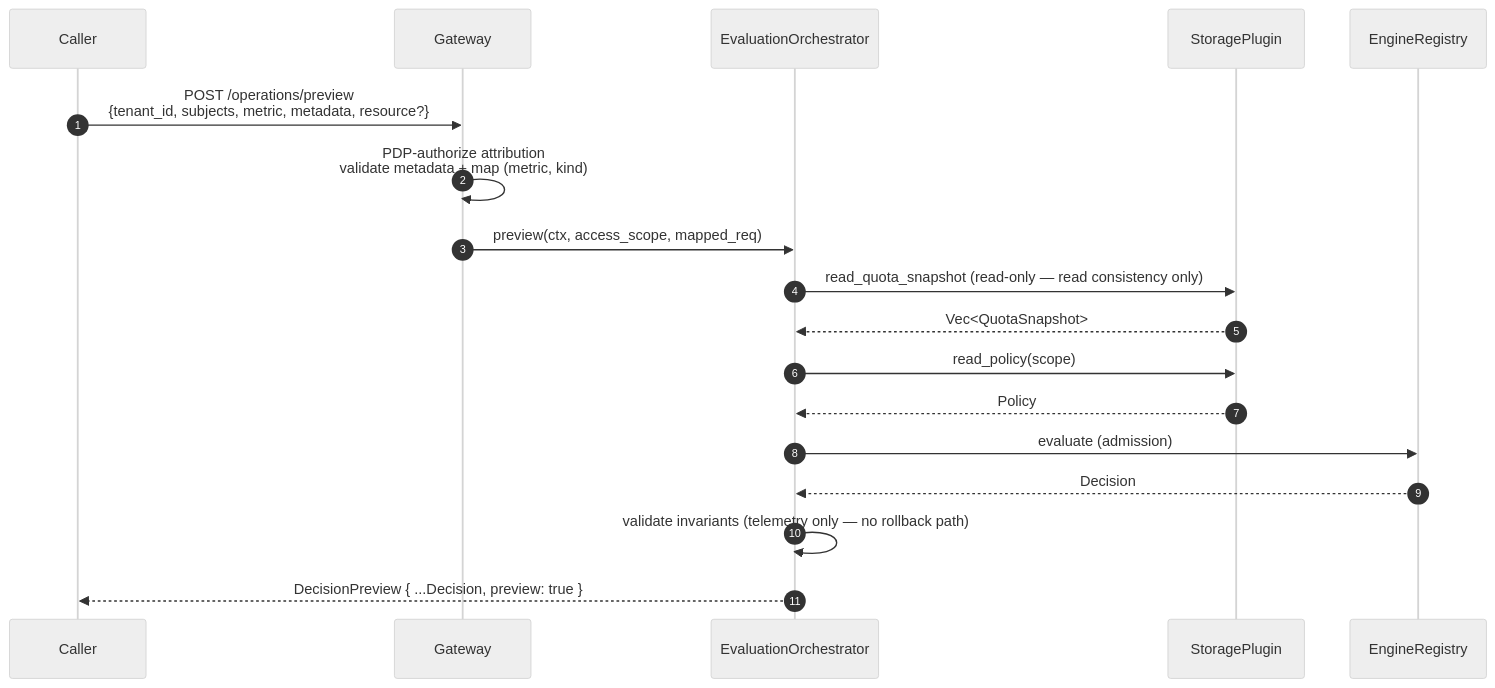
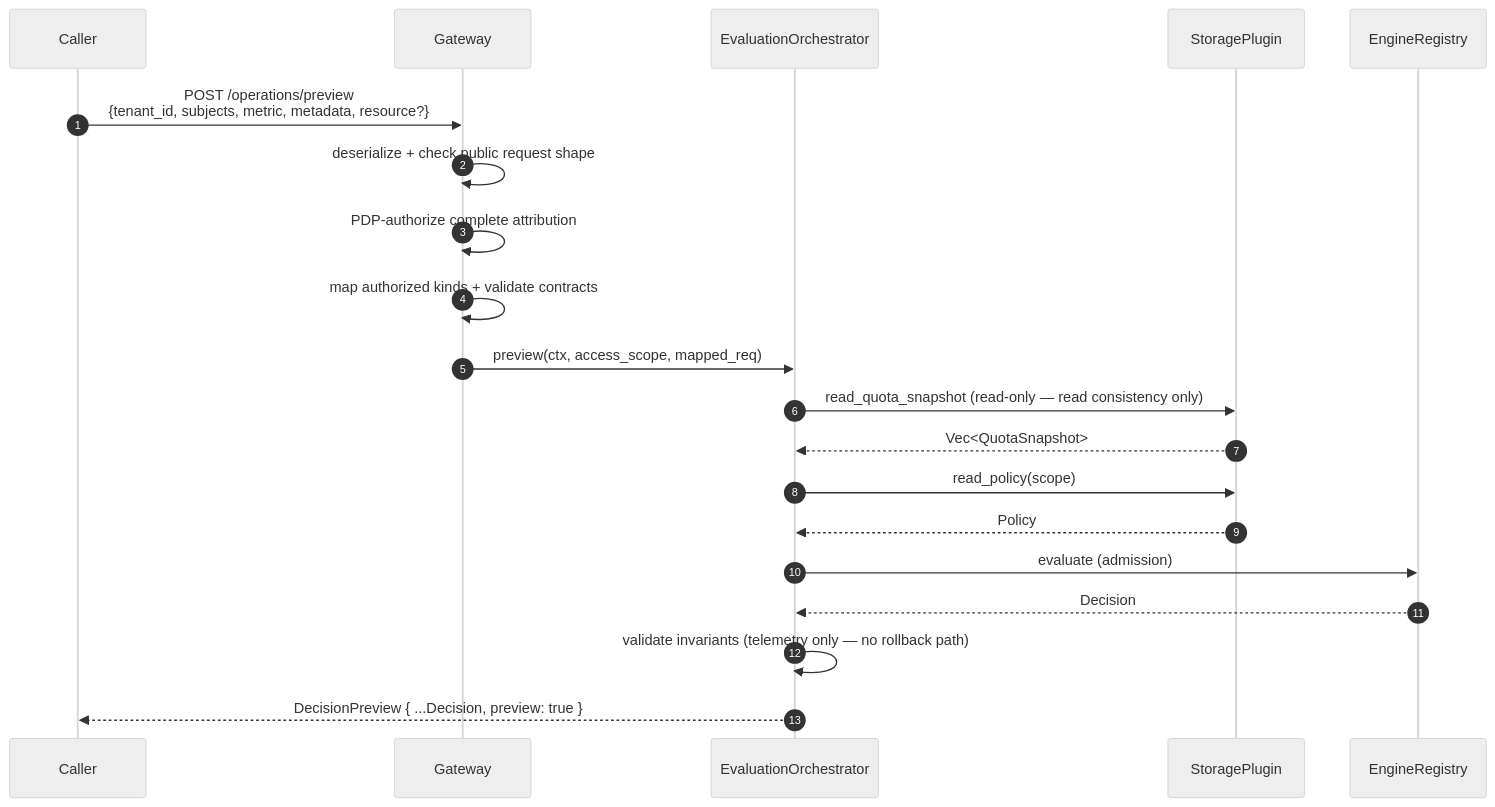
Diagram 11 of 17 in gears/system/quota-enforcement/docs/DESIGN.md (constructorfabric/gears-rust), drawn with Mermaid (neutral theme) before and after one commit. The commit also changed other lines of this file and 9 other files, not shown here.

First line of the commit message:
docs(qe): align projection flows and telemetry contracts

````diff
--- a/gears/system/quota-enforcement/docs/DESIGN.md
+++ b/gears/system/quota-enforcement/docs/DESIGN.md
@@ -1823,21 +1830,23 @@
 ```mermaid
 sequenceDiagram
     autonumber
     participant Caller
     participant GW as Gateway
     participant EO as EvaluationOrchestrator
     participant SP as StoragePlugin
     participant ER as EngineRegistry
 
     Caller ->> GW: POST /operations/preview<br/>{tenant_id, subjects, metric, metadata, resource?}
-    GW ->> GW: PDP-authorize attribution<br/>validate metadata + map (metric, kind)
+    GW ->> GW: deserialize + check public request shape
+    GW ->> GW: PDP-authorize complete attribution
+    GW ->> GW: map authorized kinds + validate contracts
     GW ->> EO: preview(ctx, access_scope, mapped_req)
     EO ->> SP: read_quota_snapshot (read-only — read consistency only)
     SP -->> EO: Vec<QuotaSnapshot>
     EO ->> SP: read_policy(scope)
     SP -->> EO: Policy
     EO ->> ER: evaluate (admission)
     ER -->> EO: Decision
     EO ->> EO: validate invariants (telemetry only — no rollback path)
     EO -->> Caller: DecisionPreview { ...Decision, preview: true }
 ```
````
